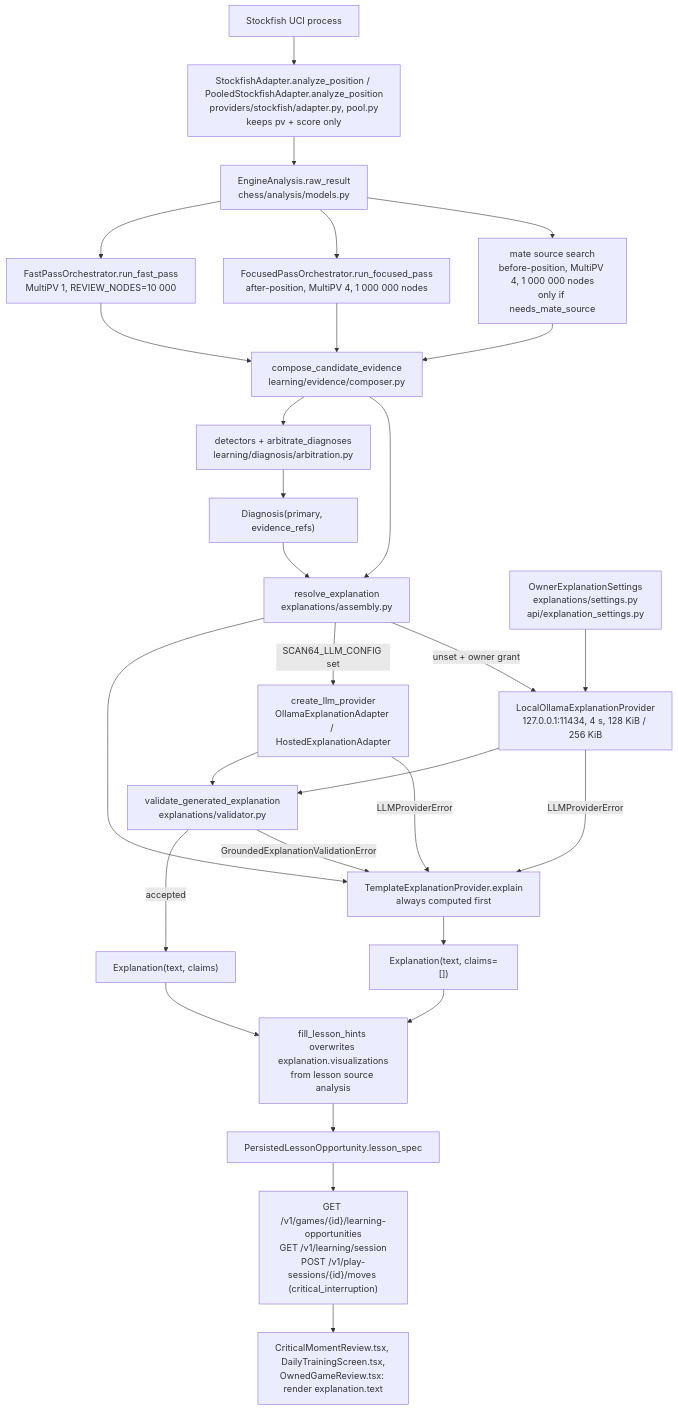
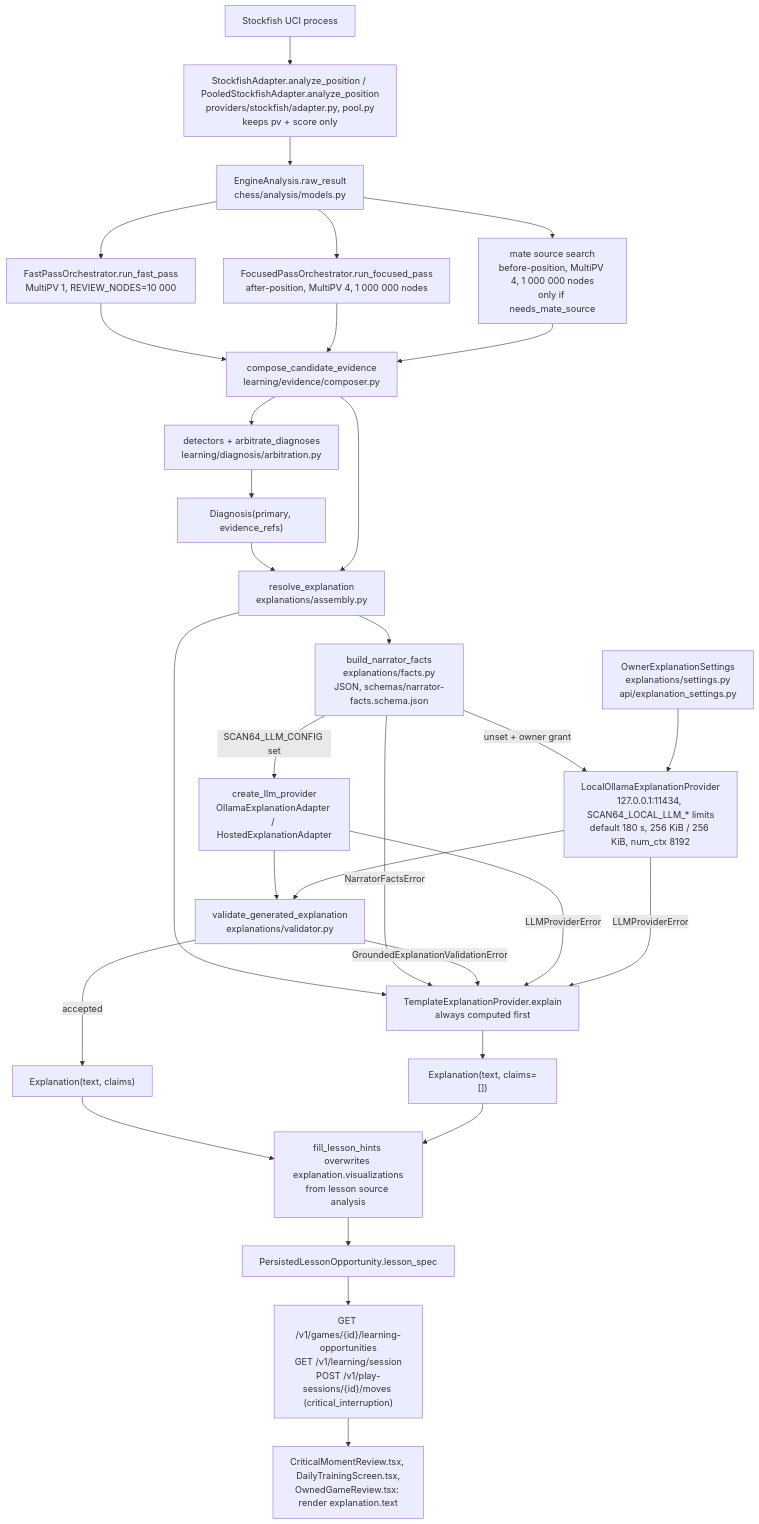
The diagram in docs/narrator-pipeline.md (Mathews-Tom/Scan64), drawn with Mermaid before and after one commit. The commit also changed other lines of this file and 8 other files, not shown here.

First line of the commit message:
feat(llm): send num_ctx to local Ollama and reject truncated prompts

````diff
--- a/docs/narrator-pipeline.md
+++ b/docs/narrator-pipeline.md
@@ -11,31 +11,33 @@
 ```mermaid
 flowchart TD
     SF["Stockfish UCI process"] --> AD["StockfishAdapter.analyze_position / PooledStockfishAdapter.analyze_position<br/>providers/stockfish/adapter.py, pool.py<br/>keeps pv + score only"]
     AD --> EA["EngineAnalysis.raw_result<br/>chess/analysis/models.py"]
     EA --> FP["FastPassOrchestrator.run_fast_pass<br/>MultiPV 1, REVIEW_NODES=10 000"]
     EA --> FO["FocusedPassOrchestrator.run_focused_pass<br/>after-position, MultiPV 4, 1 000 000 nodes"]
     EA --> MS["mate source search<br/>before-position, MultiPV 4, 1 000 000 nodes<br/>only if needs_mate_source"]
     FP --> CE["compose_candidate_evidence<br/>learning/evidence/composer.py"]
     FO --> CE
     MS --> CE
     CE --> DX["detectors + arbitrate_diagnoses<br/>learning/diagnosis/arbitration.py"]
     DX --> DG["Diagnosis(primary, evidence_refs)"]
     DG --> RE["resolve_explanation<br/>explanations/assembly.py"]
     CE --> RE
     RE --> TP["TemplateExplanationProvider.explain<br/>always computed first"]
-    RE -->|"SCAN64_LLM_CONFIG set"| OP["create_llm_provider<br/>OllamaExplanationAdapter / HostedExplanationAdapter"]
-    RE -->|"unset + owner grant"| LO["LocalOllamaExplanationProvider<br/>127.0.0.1:11434, 4 s, 128 KiB / 256 KiB"]
+    RE --> NF["build_narrator_facts<br/>explanations/facts.py<br/>JSON, schemas/narrator-facts.schema.json"]
+    NF -->|"NarratorFactsError"| TP
+    NF -->|"SCAN64_LLM_CONFIG set"| OP["create_llm_provider<br/>OllamaExplanationAdapter / HostedExplanationAdapter"]
+    NF -->|"unset + owner grant"| LO["LocalOllamaExplanationProvider<br/>127.0.0.1:11434, SCAN64_LOCAL_LLM_* limits<br/>default 180 s, 256 KiB / 256 KiB, num_ctx 8192"]
     GR["OwnerExplanationSettings<br/>explanations/settings.py<br/>api/explanation_settings.py"] --> LO
     OP --> VA["validate_generated_explanation<br/>explanations/validator.py"]
     LO --> VA
     VA -->|"accepted"| EX["Explanation(text, claims)"]
     VA -->|"GroundedExplanationValidationError"| TP
     OP -->|"LLMProviderError"| TP
     LO -->|"LLMProviderError"| TP
     TP --> EX2["Explanation(text, claims=[])"]
     EX --> FH["fill_lesson_hints overwrites explanation.visualizations<br/>from lesson source analysis"]
     EX2 --> FH
     FH --> DB["PersistedLessonOpportunity.lesson_spec"]
     DB --> API["GET /v1/games/{id}/learning-opportunities<br/>GET /v1/learning/session<br/>POST /v1/play-sessions/{id}/moves (critical_interruption)"]
     API --> UI["CriticalMomentReview.tsx, DailyTrainingScreen.tsx,<br/>OwnedGameReview.tsx: render explanation.text"]
 ```
````
